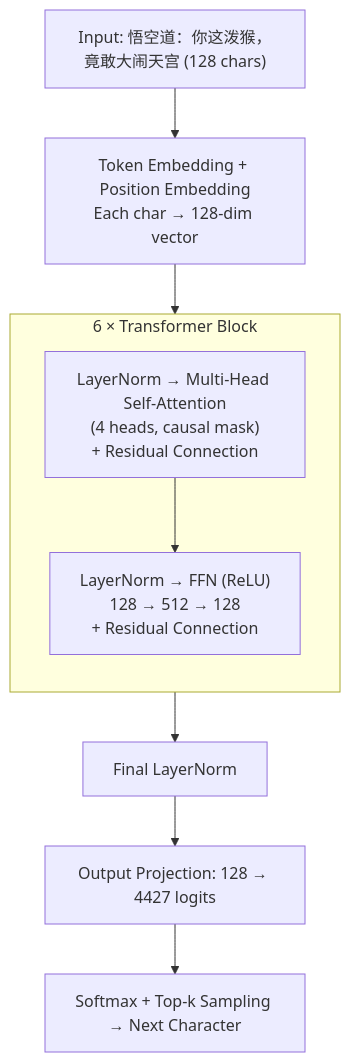
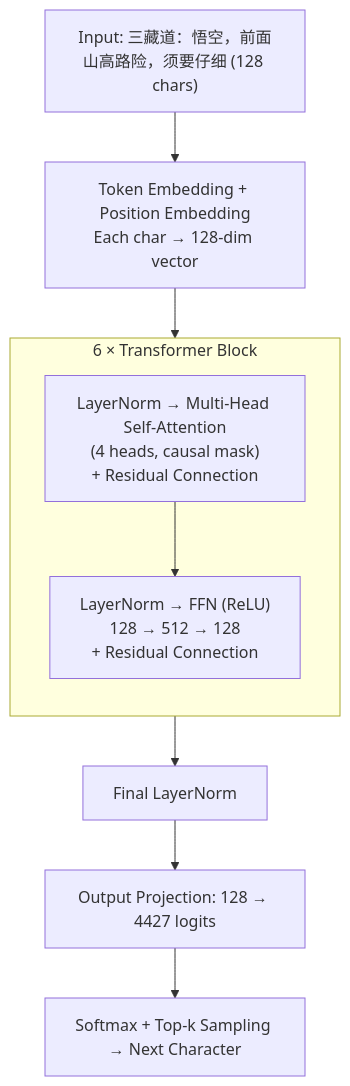
Before and after one commit to liyuanqiu/HelloWorldLLM: the diagram in README.md, drawn with Mermaid.

Commit message:
Fix example quote to match Journey to the West

````diff
--- a/README.md
+++ b/README.md
@@ -40,15 +40,15 @@
 ```mermaid
 graph TD
-    A["Input: 悟空道：你这泼猴，竟敢大闹天宫 (128 chars)"] --> B["Token Embedding + Position Embedding<br/>Each char → 128-dim vector"]
+    A["Input: 三藏道：悟空，前面山高路险，须要仔细 (128 chars)"] --> B["Token Embedding + Position Embedding<br/>Each char → 128-dim vector"]
     B --> C
 
     subgraph C["6 × Transformer Block"]
         direction TB
         D["LayerNorm → Multi-Head Self-Attention<br/>(4 heads, causal mask)<br/>+ Residual Connection"]
         D --> E["LayerNorm → FFN (ReLU)<br/>128 → 512 → 128<br/>+ Residual Connection"]
     end
 
     C --> F["Final LayerNorm"]
     F --> G["Output Projection: 128 → 4427 logits"]
     G --> H["Softmax + Top-k Sampling → Next Character"]
 ```
````
